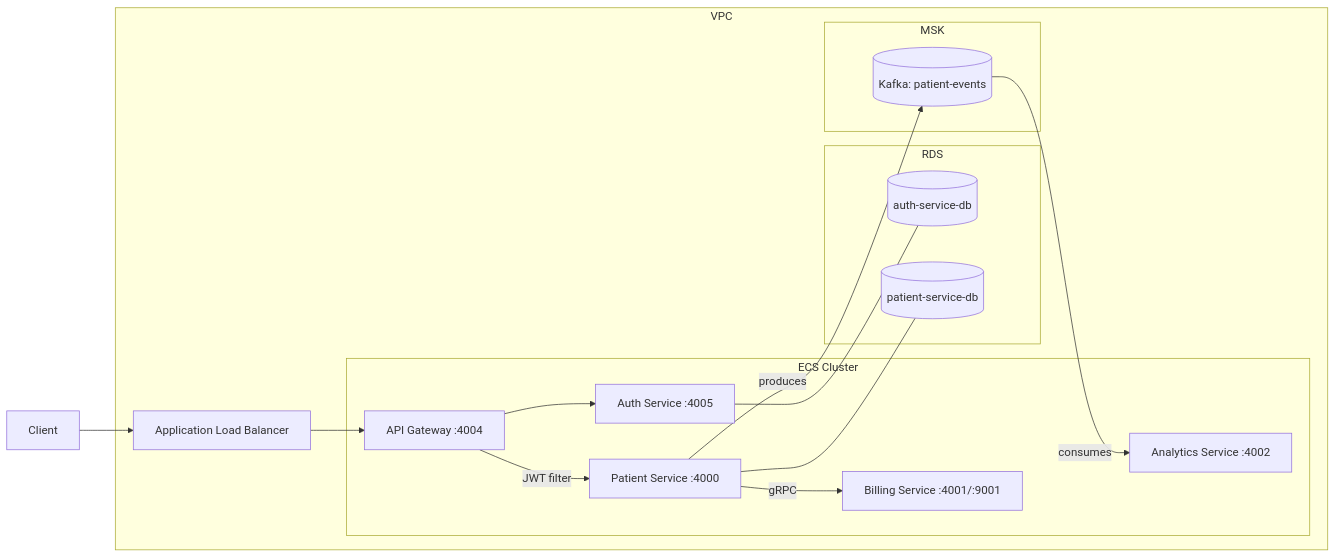
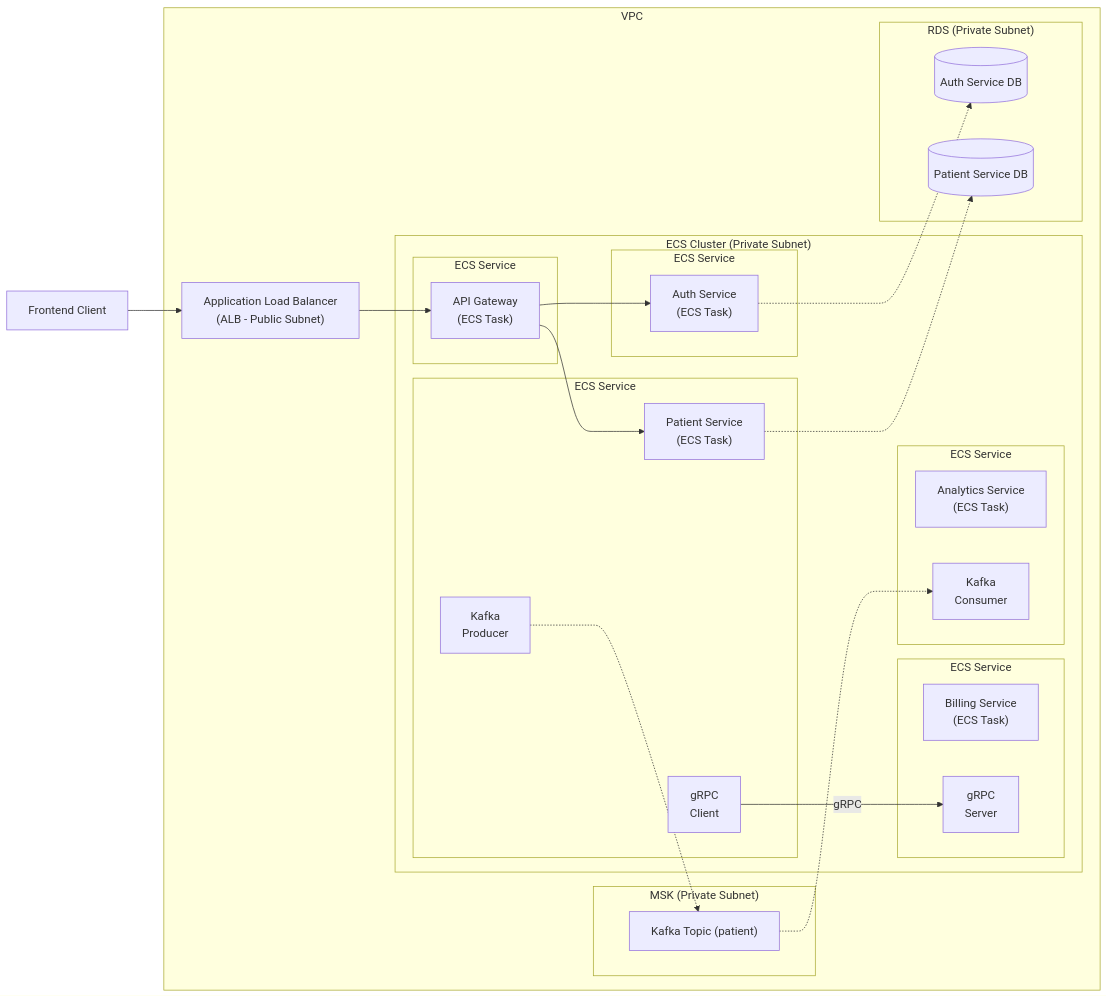
The diagram in README.md (NoMercy17/Patient-Management-Microservices), drawn with Mermaid before and after one commit. The commit also changed other lines of this file, not shown here.

First line of the commit message:
Enhance README with tech stack and architecture details

````diff
--- a/README.md
+++ b/README.md
@@ -7,34 +25,53 @@
 ```mermaid
 flowchart LR
-    Client[Client]
+    Frontend["Frontend Client"]
 
-    subgraph VPC
-        ALB[Application Load Balancer]
+    subgraph VPC ["VPC"]
+        ALB["Application Load Balancer<br/>(ALB - Public Subnet)"]
 
-        subgraph ECS Cluster
-            Gateway[API Gateway :4004]
-            Auth[Auth Service :4005]
-            Patient[Patient Service :4000]
-            Billing[Billing Service :4001/:9001]
-            Analytics[Analytics Service :4002]
+        subgraph ECS ["ECS Cluster (Private Subnet)"]
+            subgraph ECS_Auth ["ECS Service"]
+                Auth["Auth Service<br/>(ECS Task)"]
+            end
+
+            subgraph ECS_Billing ["ECS Service"]
+                Billing["Billing Service<br/>(ECS Task)"]
+                GRPCServer["gRPC<br/>Server"]
+            end
+
+            subgraph ECS_Gateway ["ECS Service"]
+                Gateway["API Gateway<br/>(ECS Task)"]
+            end
+
+            subgraph ECS_Patient ["ECS Service"]
+                Patient["Patient Service<br/>(ECS Task)"]
+                GRPCClient["gRPC<br/>Client"]
+                KafkaProd["Kafka<br/>Producer"]
+            end
+
+            subgraph ECS_Analytics ["ECS Service"]
+                Analytics["Analytics Service<br/>(ECS Task)"]
+                KafkaCons["Kafka<br/>Consumer"]
+            end
         end
 
-        subgraph RDS
-            AuthDB[(auth-service-db)]
-            PatientDB[(patient-service-db)]
+        subgraph RDS ["RDS (Private Subnet)"]
+            AuthDB[(Auth Service DB)]
+            PatientDB[(Patient Service DB)]
         end
 
-        subgraph MSK
-            KafkaTopic[(Kafka: patient-events)]
+        subgraph MSK ["MSK (Private Subnet)"]
+            KafkaTopic["Kafka Topic (patient)"]
         end
     end
 
-    Client --> ALB --> Gateway
-    Gateway -->|JWT filter| Patient
+    Frontend --> ALB
+    ALB --> Gateway
     Gateway --> Auth
-    Patient -->|gRPC| Billing
-    Patient -->|produces| KafkaTopic
-    KafkaTopic -->|consumes| Analytics
-    Auth --- AuthDB
-    Patient --- PatientDB
+    Gateway --> Patient
+    GRPCClient -->|gRPC| GRPCServer
+    Auth -.-> AuthDB
+    Patient -.-> PatientDB
+    KafkaProd -.-> KafkaTopic
+    KafkaTopic -.-> KafkaCons
 ```
````
